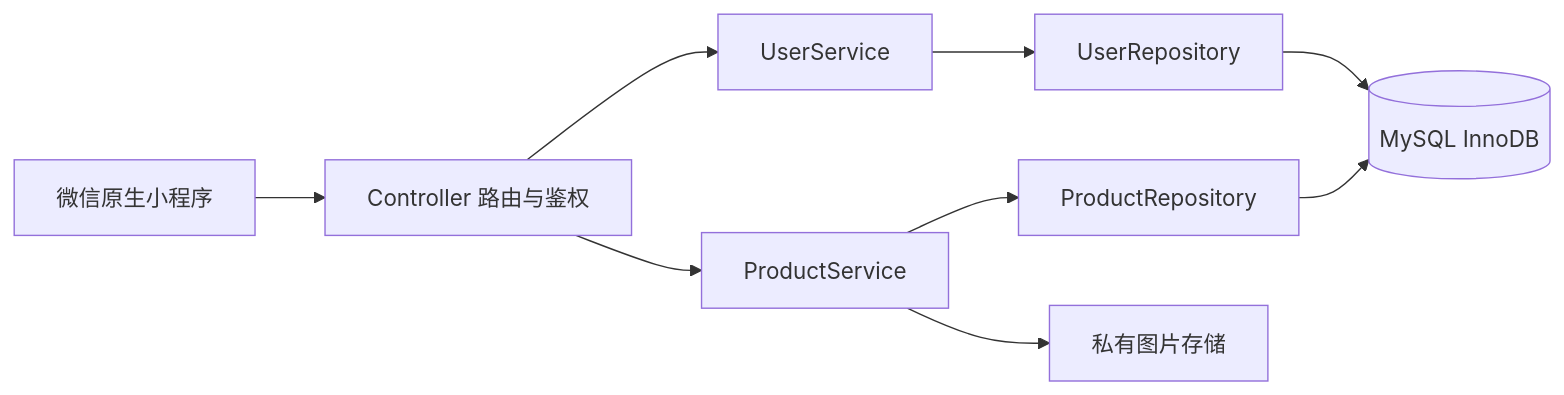
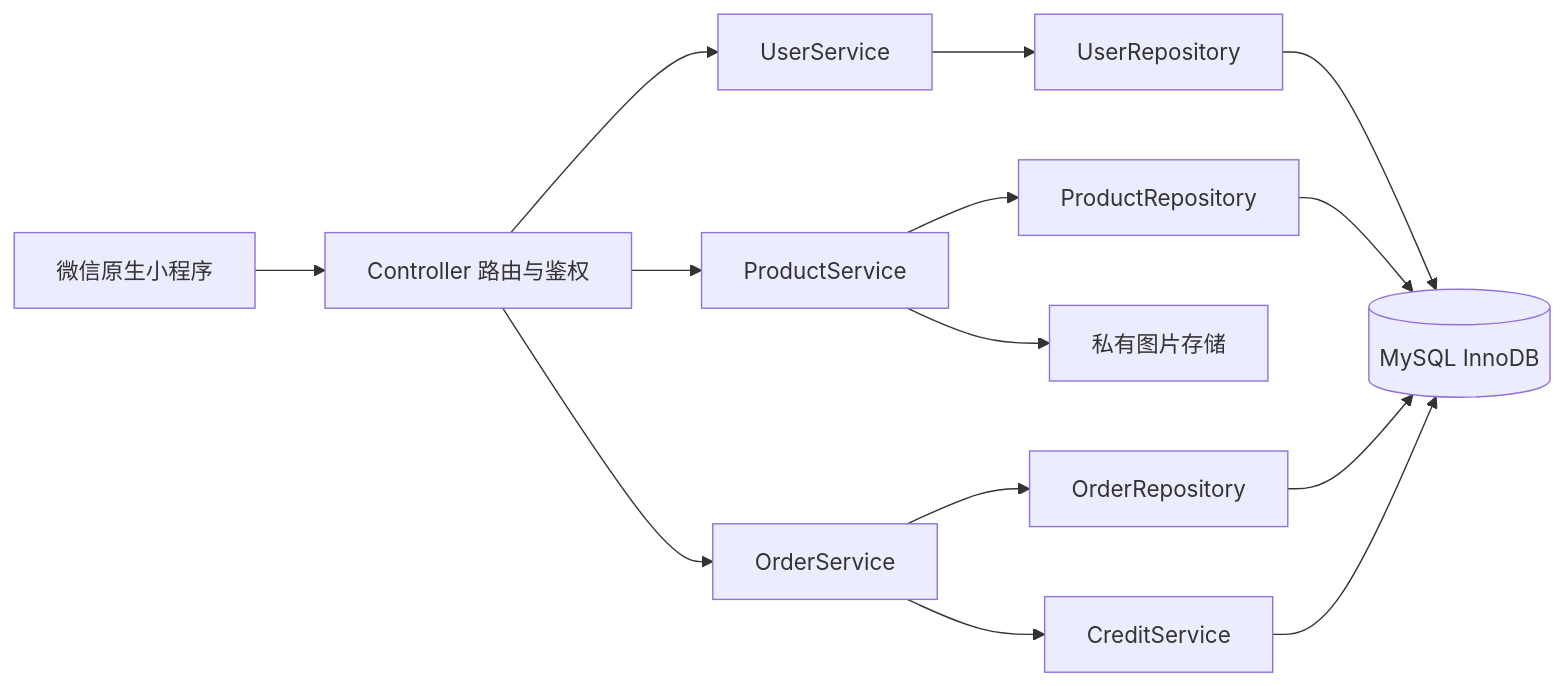
Before and after one commit to Boss-H24/campus-trust-market: the first of 3 diagrams in docs/design.md, drawn with Mermaid. The commit also changed other lines of this file and 12 other files, not shown here.

````diff
--- a/docs/design.md
+++ b/docs/design.md
@@ -7,11 +7,16 @@
 ```mermaid
 flowchart LR
   UI[微信原生小程序] --> API[Controller 路由与鉴权]
   API --> USERS[UserService]
   API --> GOODS[ProductService]
+  API --> ORDERS[OrderService]
   USERS --> UR[UserRepository]
   GOODS --> PR[ProductRepository]
+  ORDERS --> OR[OrderRepository]
+  ORDERS --> CREDIT[CreditService]
   UR --> DB[(MySQL InnoDB)]
   PR --> DB
+  OR --> DB
+  CREDIT --> DB
   GOODS --> MEDIA[私有图片存储]
 ```
````
